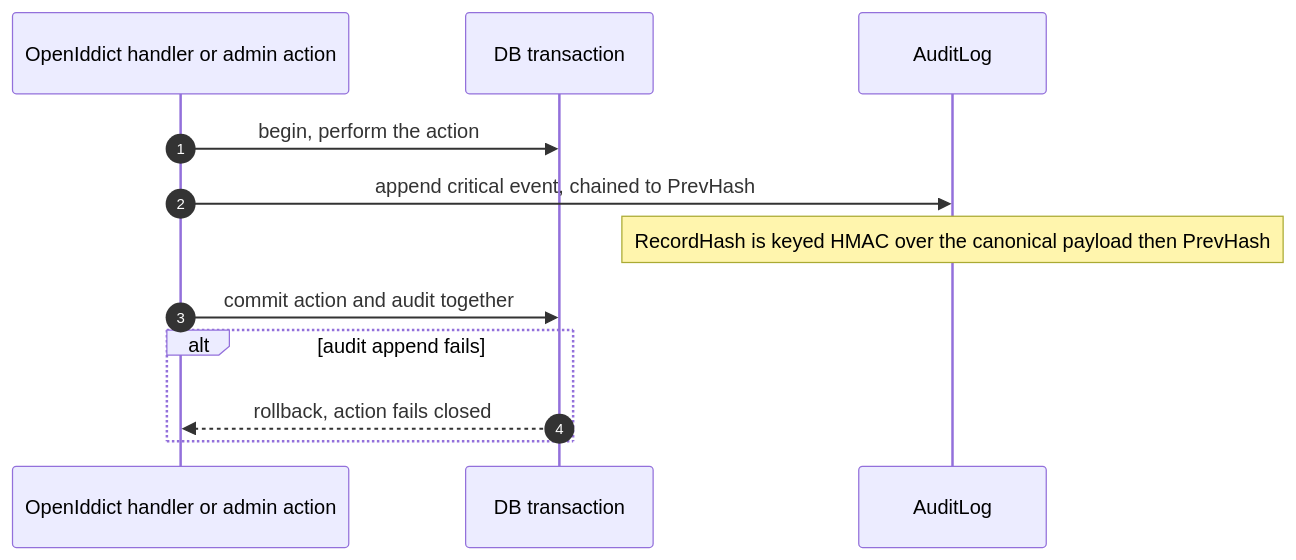
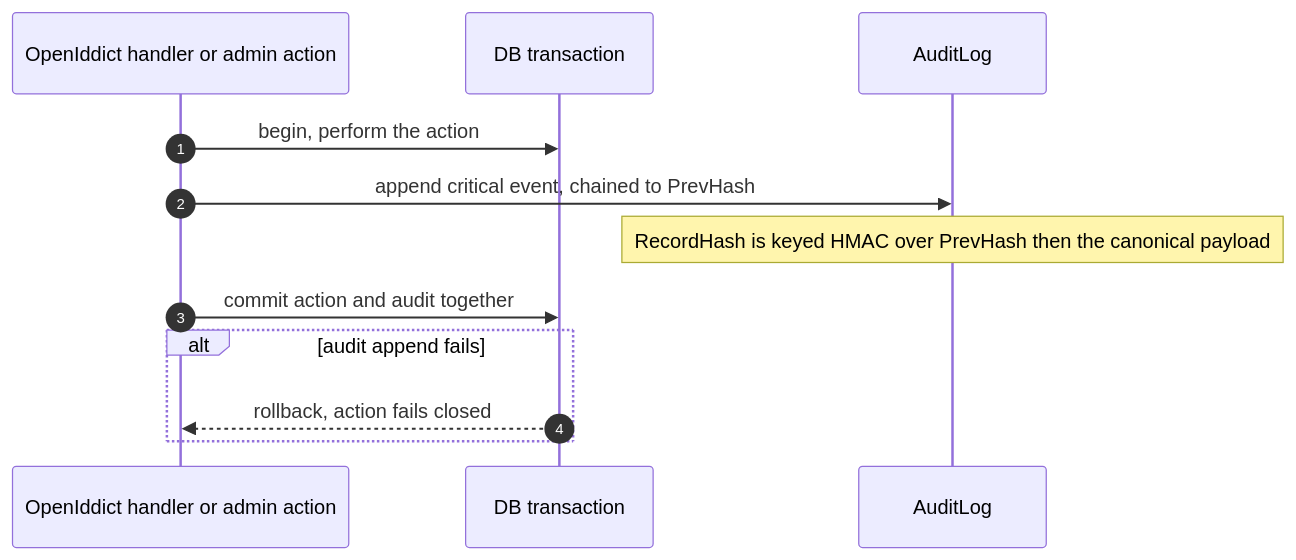
Before and after one commit to namphuongtran/nami: the third of 4 diagrams in docs/design/03-audit.md, drawn with Mermaid. The commit also changed other lines of this file and 2 other files, not shown here.

First line of the commit message:
docs: make the audit hash-chain a keyed HMAC and fix its operand order

````diff
--- a/docs/design/03-audit.md
+++ b/docs/design/03-audit.md
@@ -216,14 +219,14 @@
 ```mermaid
 sequenceDiagram
   autonumber
   participant H as OpenIddict handler or admin action
   participant Tx as DB transaction
   participant AL as AuditLog
   H->>Tx: begin, perform the action
   H->>AL: append critical event, chained to PrevHash
-  Note over AL: RecordHash is keyed HMAC over the canonical payload then PrevHash
+  Note over AL: RecordHash is keyed HMAC over PrevHash then the canonical payload
   H->>Tx: commit action and audit together
   alt audit append fails
     Tx-->>H: rollback, action fails closed
   end
 ```
````
